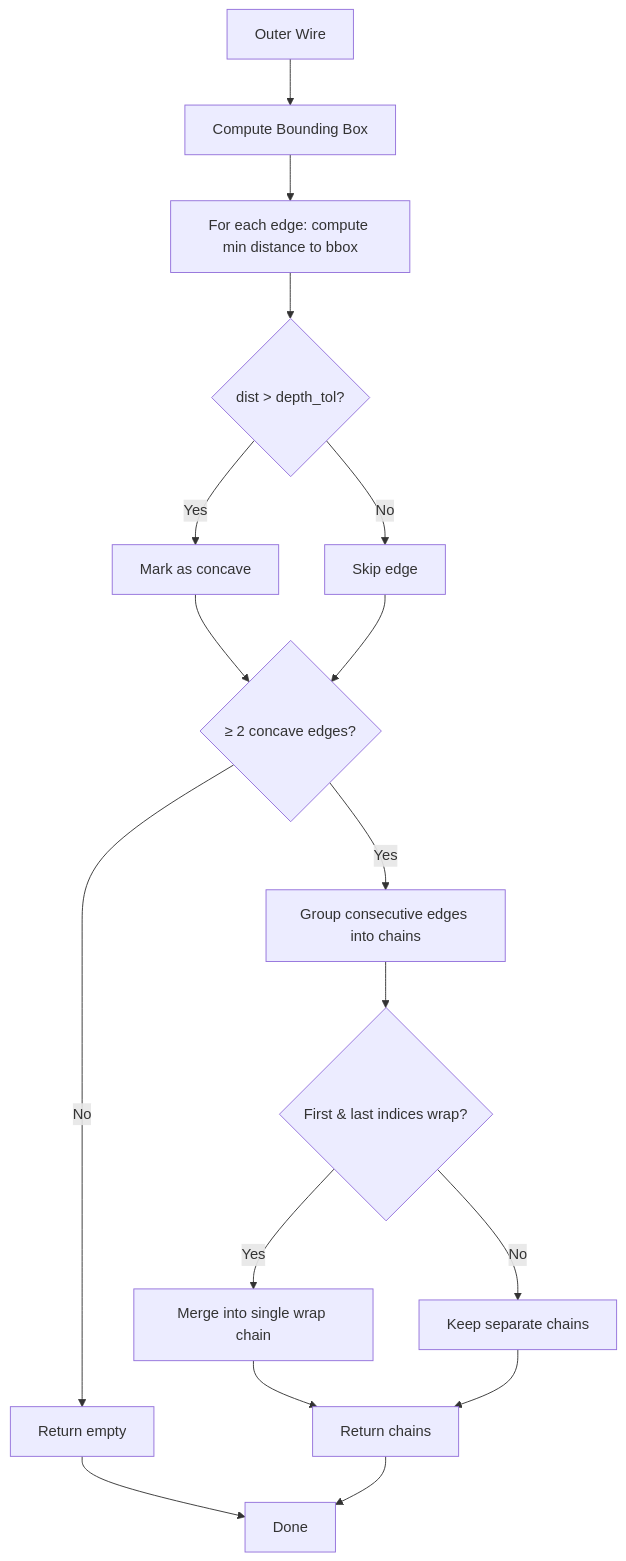
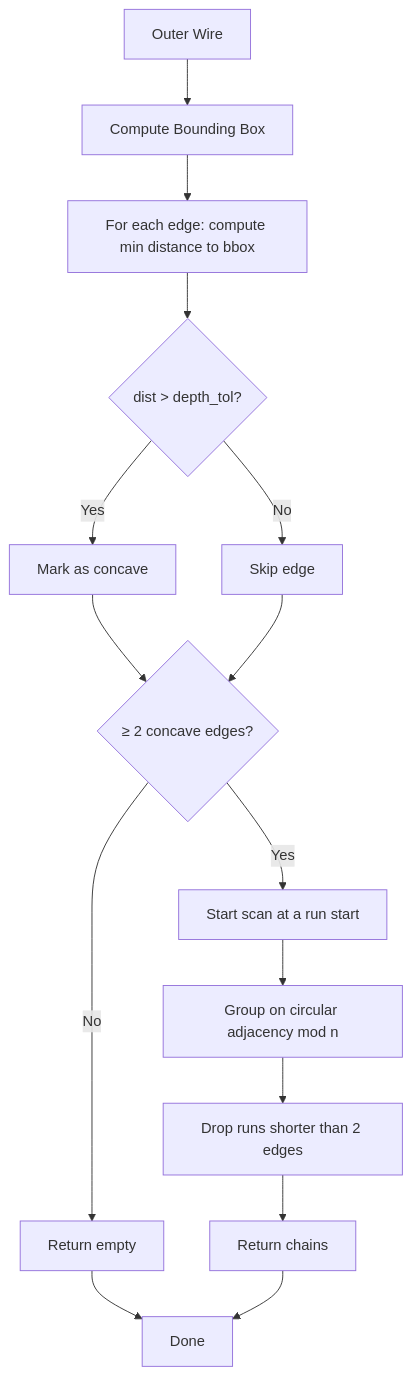
The diagram in DESIGN.md (joco-nz/CAM-JetCutting), drawn with Mermaid before and after one commit. The commit also changed other lines of this file, not shown here.

````diff
--- a/DESIGN.md
+++ b/DESIGN.md
@@ -357,19 +483,17 @@
 ```mermaid
 flowchart TD
     A[Outer Wire] --> B[Compute Bounding Box]
     B --> C[For each edge: compute min distance to bbox]
     C --> D{dist > depth_tol?}
     D -->|Yes| E[Mark as concave]
     D -->|No| F[Skip edge]
     E --> G{≥ 2 concave edges?}
     F --> G
     G -->|No| H[Return empty]
-    G -->|Yes| I[Group consecutive edges into chains]
-    I --> J{First & last indices wrap?}
-    J -->|Yes| K[Merge into single wrap chain]
-    J -->|No| L[Keep separate chains]
-    K --> M[Return chains]
+    G -->|Yes| I[Start scan at a run start]
+    I --> J[Group on circular adjacency mod n]
+    J --> K[Drop runs shorter than 2 edges]
+    K --> L[Return chains]
+    H --> M[Done]
     L --> M
-    H --> N[Done]
-    M --> N
 ```
````
